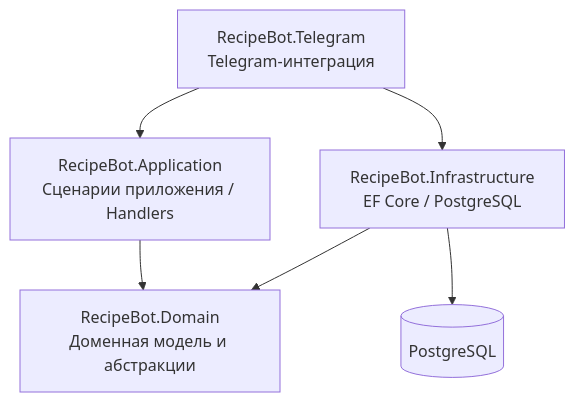
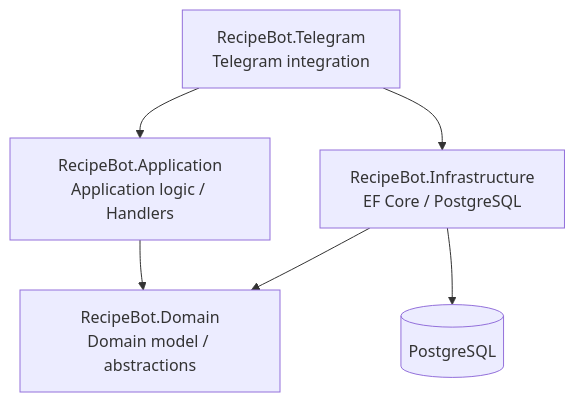
One commit to SobolevDmitrii/RecipeBot changed the first of 4 diagrams in README.md. Above: the diagram before and after it, drawn with Mermaid. The commit also changed other lines of this file and 1 other file, not shown here.

````diff
--- a/README.md
+++ b/README.md
@@ -106,14 +274,14 @@
 ```mermaid
 flowchart TB
-    Telegram["RecipeBot.Telegram<br/>Telegram-интеграция"]
-    Application["RecipeBot.Application<br/>Сценарии приложения / Handlers"]
-    Domain["RecipeBot.Domain<br/>Доменная модель и абстракции"]
+    Telegram["RecipeBot.Telegram<br/>Telegram integration"]
+    Application["RecipeBot.Application<br/>Application logic / Handlers"]
+    Domain["RecipeBot.Domain<br/>Domain model / abstractions"]
     Infrastructure["RecipeBot.Infrastructure<br/>EF Core / PostgreSQL"]
     Database[("PostgreSQL")]
 
     Telegram --> Application
     Telegram --> Infrastructure
     Application --> Domain
     Infrastructure --> Domain
     Infrastructure --> Database
 ```
````
